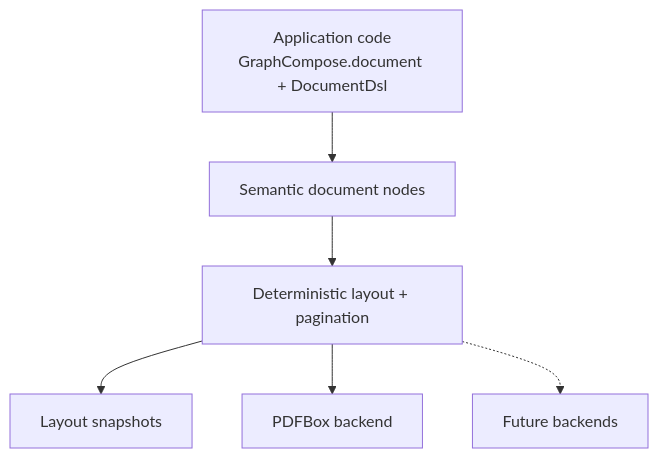
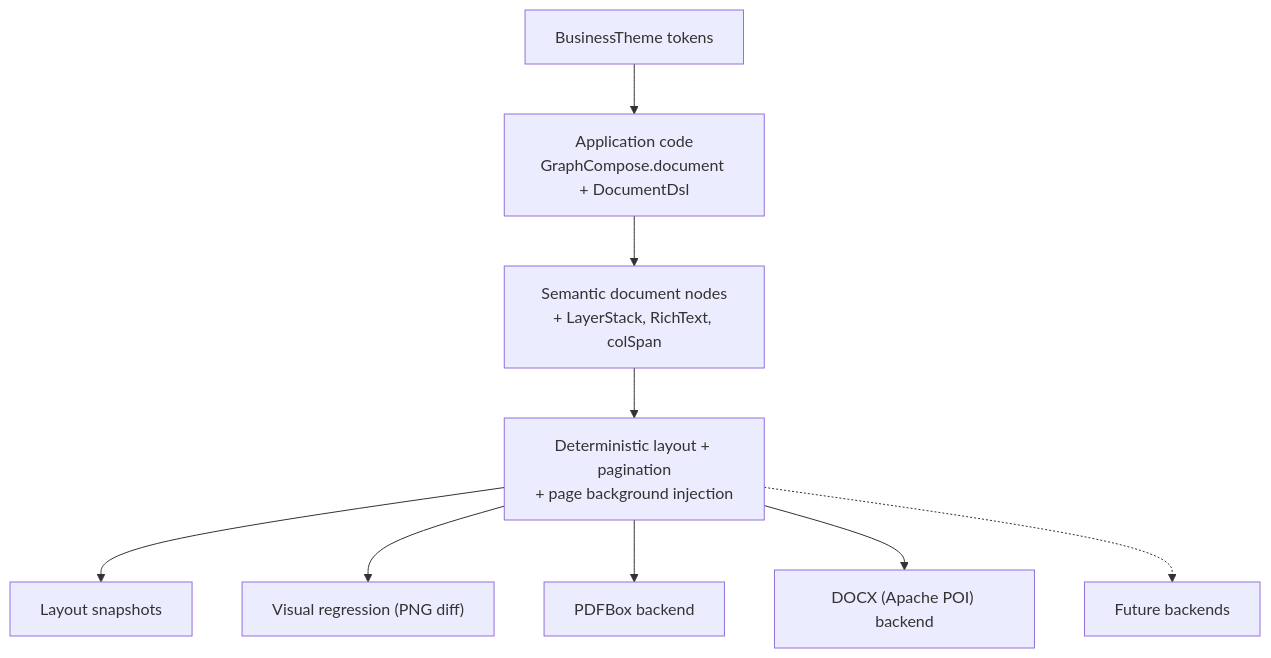
One commit to DemchaAV/GraphCompose changed the diagram in README.md. Above: the diagram before and after it, drawn with Mermaid. The commit also changed other lines of this file and 3 other files, not shown here.

````diff
--- a/README.md
+++ b/README.md
@@ -227,15 +361,21 @@
 ```mermaid
 graph TD
     UserCode["Application code<br/>GraphCompose.document + DocumentDsl"]
-    Semantic["Semantic document nodes"]
-    Layout["Deterministic layout + pagination"]
+    Theme["BusinessTheme tokens"]
+    Semantic["Semantic document nodes<br/>+ LayerStack, RichText, colSpan"]
+    Layout["Deterministic layout + pagination<br/>+ page background injection"]
     Snapshot["Layout snapshots"]
+    Visual["Visual regression (PNG diff)"]
     PdfBackend["PDFBox backend"]
+    DocxBackend["DOCX (Apache POI) backend"]
     Future["Future backends"]
 
     UserCode --> Semantic
+    Theme --> UserCode
     Semantic --> Layout
     Layout --> Snapshot
+    Layout --> Visual
     Layout --> PdfBackend
+    Layout --> DocxBackend
     Layout -.-> Future
 ```
````
